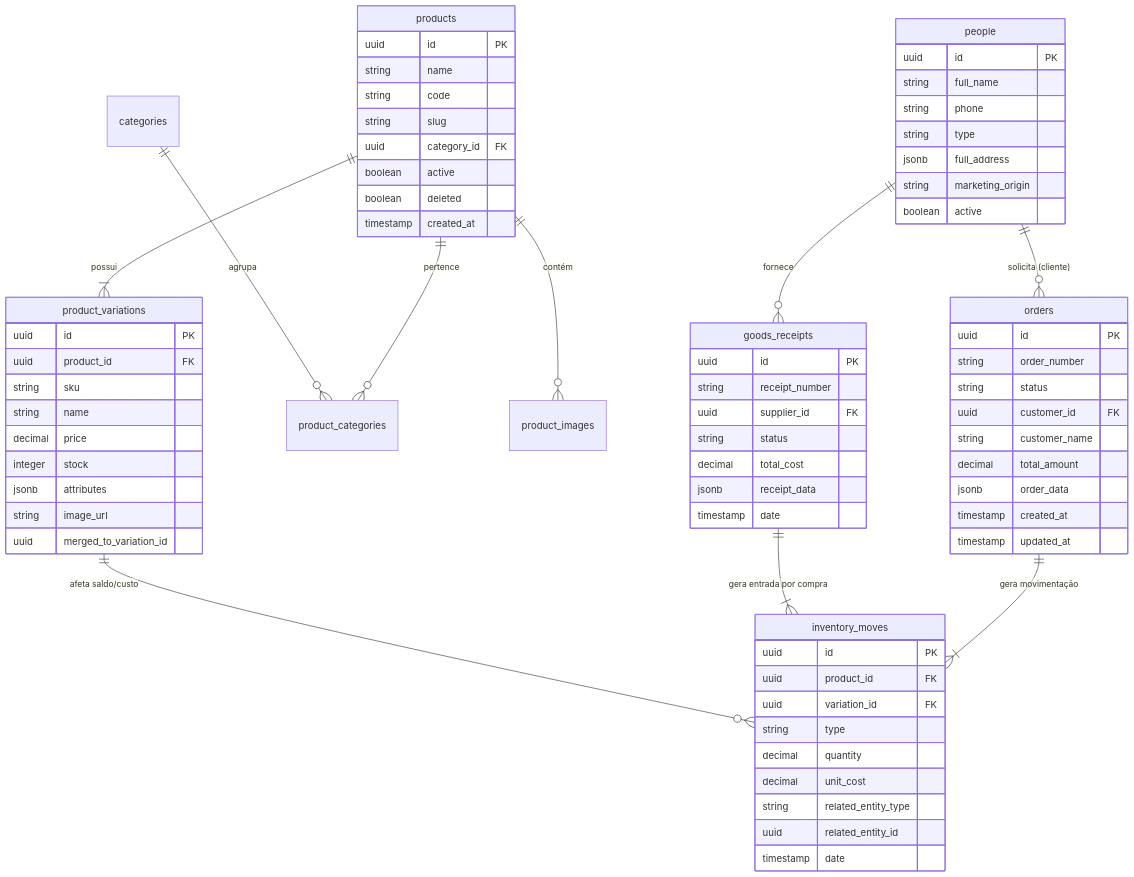
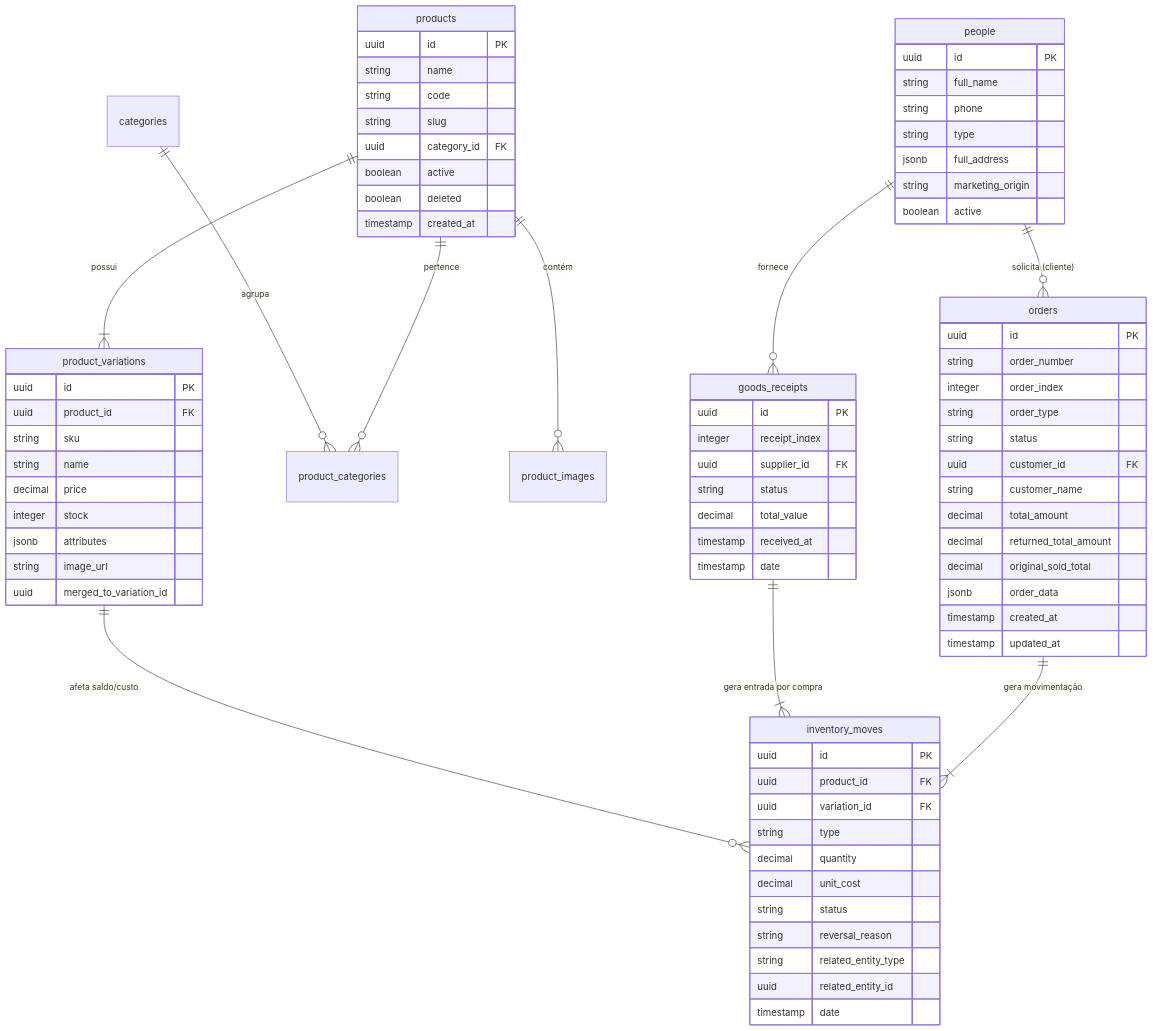
The diagram in docs/arquitetura/modelo-de-dados-e-schemas.md (matheusmorante/moveismorantehub), drawn with Mermaid before and after one commit. The commit also changed 301 other files, not shown here.

````diff
--- a/docs/arquitetura/modelo-de-dados-e-schemas.md
+++ b/docs/arquitetura/modelo-de-dados-e-schemas.md
@@ -23,10 +23,14 @@
     orders {
         uuid id PK
         string order_number
+        integer order_index
+        string order_type
         string status
         uuid customer_id FK
         string customer_name
         decimal total_amount
+        decimal returned_total_amount
+        decimal original_sold_total
         jsonb order_data
         timestamp created_at
         timestamp updated_at
@@ -62,6 +66,8 @@
         string type
         decimal quantity
         decimal unit_cost
+        string status
+        string reversal_reason
         string related_entity_type
         uuid related_entity_id
         timestamp date
@@ -79,11 +85,11 @@
 
     goods_receipts {
         uuid id PK
-        string receipt_number
+        integer receipt_index
         uuid supplier_id FK
         string status
-        decimal total_cost
-        jsonb receipt_data
+        decimal total_value
+        timestamp received_at
         timestamp date
     }
 ```
````
